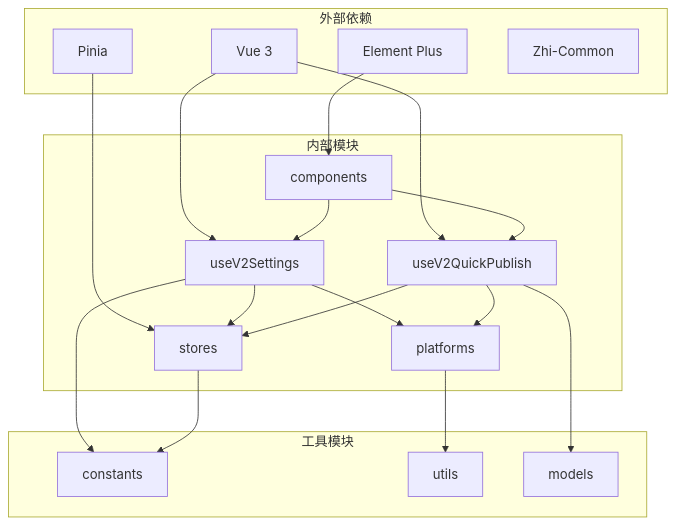
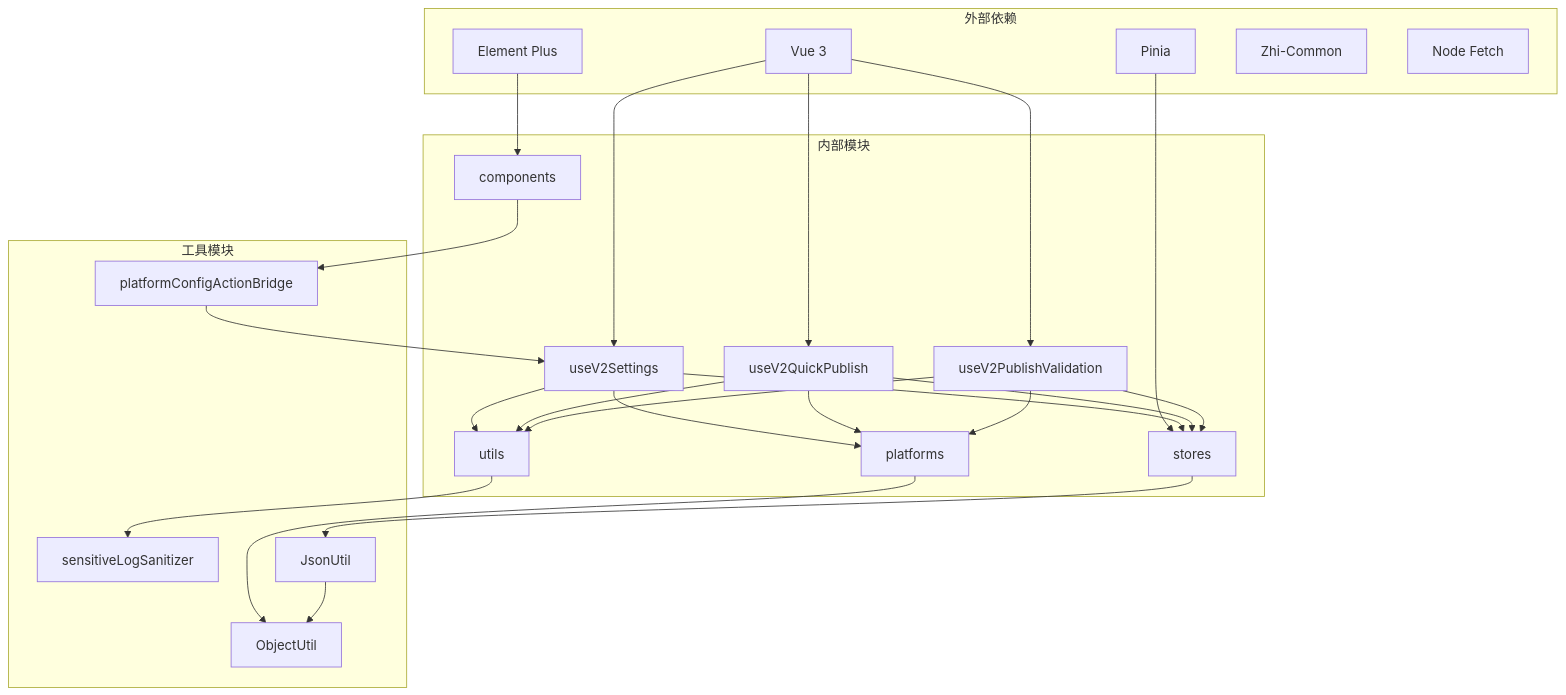
Diagram 17 of 17 in .qoder/repowiki/zh/content/V2 Settings Composable.md (terwer/siyuan-plugin-publisher), drawn with Mermaid before and after one commit. The commit also changed other lines of this file and 19 other files, not shown here.

````diff
--- a/.qoder/repowiki/zh/content/V2 Settings Composable.md
+++ b/.qoder/repowiki/zh/content/V2 Settings Composable.md
@@ -417,35 +699,45 @@
 ```mermaid
 graph TD
 subgraph "外部依赖"
 A[Vue 3]
 B[Pinia]
 C[Element Plus]
 D[Zhi-Common]
+E[Node Fetch]
 end
 subgraph "内部模块"
-E[useV2Settings]
-F[useV2QuickPublish]
-G[stores]
-H[platforms]
-I[components]
+F[useV2Settings]
+G[useV2QuickPublish]
+H[useV2PublishValidation]
+I[stores]
+J[platforms]
+K[components]
+L[utils]
 end
 subgraph "工具模块"
-J[constants]
-K[utils]
-L[models]
+M[sensitiveLogSanitizer]
+N[platformConfigActionBridge]
+O[JsonUtil]
+P[ObjectUtil]
 end
-A --> E
 A --> F
-B --> G
-C --> I
-E --> G
-E --> H
-E --> J
-F --> G
-F --> H
+A --> G
+A --> H
+B --> I
+C --> K
+F --> I
+F --> J
 F --> L
+G --> I
 G --> J
-H --> K
-I --> E
-I --> F
+G --> L
+H --> I
+H --> J
+H --> L
+I --> O
+J --> P
+K --> N
+L --> M
+N --> F
+O --> P
 ```
````
